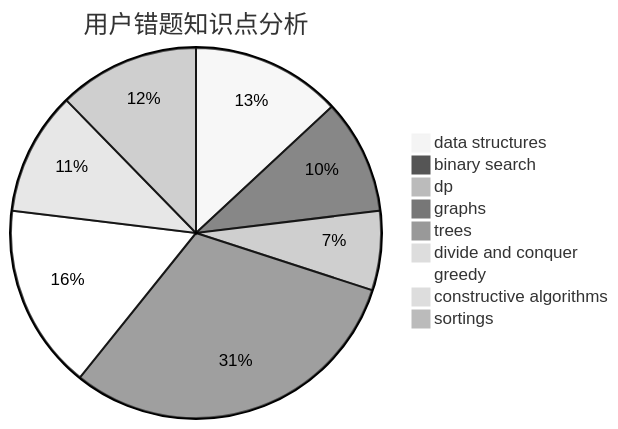
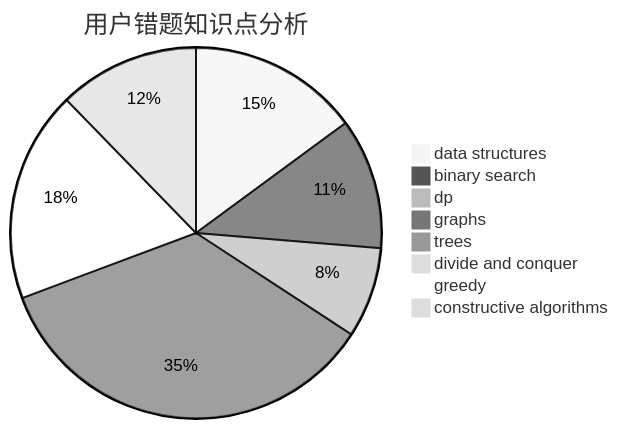
Before and after one commit to sherpahu/cfrs.github.io: the third of 3 diagrams in docs/user/u1581.md, drawn with Mermaid (neutral theme). The commit also changed other lines of this file and 2769 other files, not shown here.

````diff
--- a/docs/user/u1581.md
+++ b/docs/user/u1581.md
@@ -32,12 +31,11 @@
 ```mermaid
 pie title 用户错题知识点分析
     "data structures" :  17
     "binary search" :  13
     "dp" :  9
     "graphs" :  40
     "trees" :  0
     "divide and conquer" :  0
     "greedy" :  21
     "constructive algorithms" :  14
-    "sortings" :  16
 ```
````
